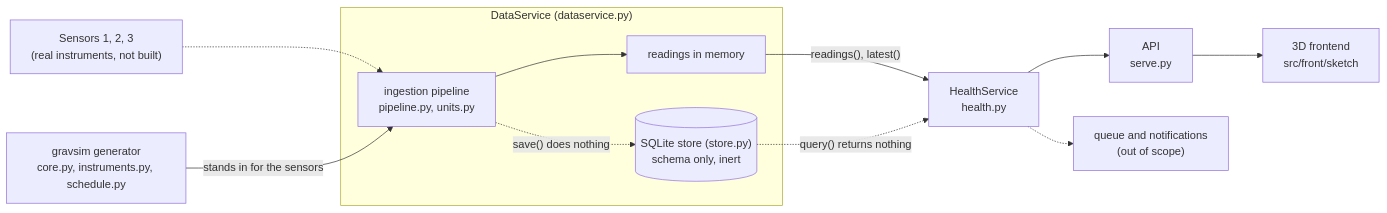
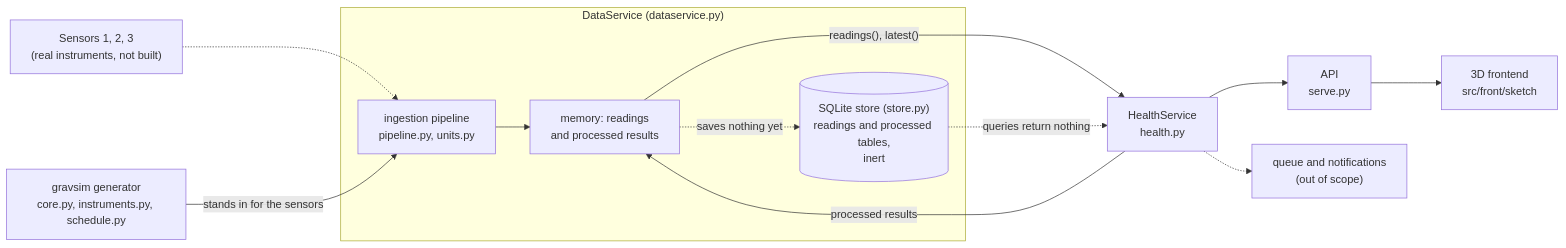
The diagram in sim/README.md (IgnacioAVerdinelli/NASASpaceApps), drawn with Mermaid before and after one commit. The commit also changed other lines of this file and 6 other files, not shown here.

````diff
--- a/sim/README.md
+++ b/sim/README.md
@@ -49,22 +50,23 @@
 ```mermaid
 flowchart LR
     sensors["Sensors 1, 2, 3<br/>(real instruments, not built)"]
     gen["gravsim generator<br/>core.py, instruments.py, schedule.py"]
     subgraph dataservice["DataService (dataservice.py)"]
         pipe["ingestion pipeline<br/>pipeline.py, units.py"]
-        mem["readings in memory"]
-        db[("SQLite store (store.py)<br/>schema only, inert")]
+        mem["memory: readings<br/>and processed results"]
+        db[("SQLite store (store.py)<br/>readings and processed tables,<br/>inert")]
         pipe --> mem
-        pipe -. "save() does nothing" .-> db
+        mem -. "saves nothing yet" .-> db
     end
     health["HealthService<br/>health.py"]
     api["API<br/>serve.py"]
     front["3D frontend<br/>src/front/sketch"]
     notify["queue and notifications<br/>(out of scope)"]
     sensors -.-> pipe
     gen -- "stands in for the sensors" --> pipe
     mem -- "readings(), latest()" --> health
-    db -. "query() returns nothing" .-> health
+    health -- "processed results" --> mem
+    db -. "queries return nothing" .-> health
     health --> api --> front
     health -.-> notify
 ```
````
